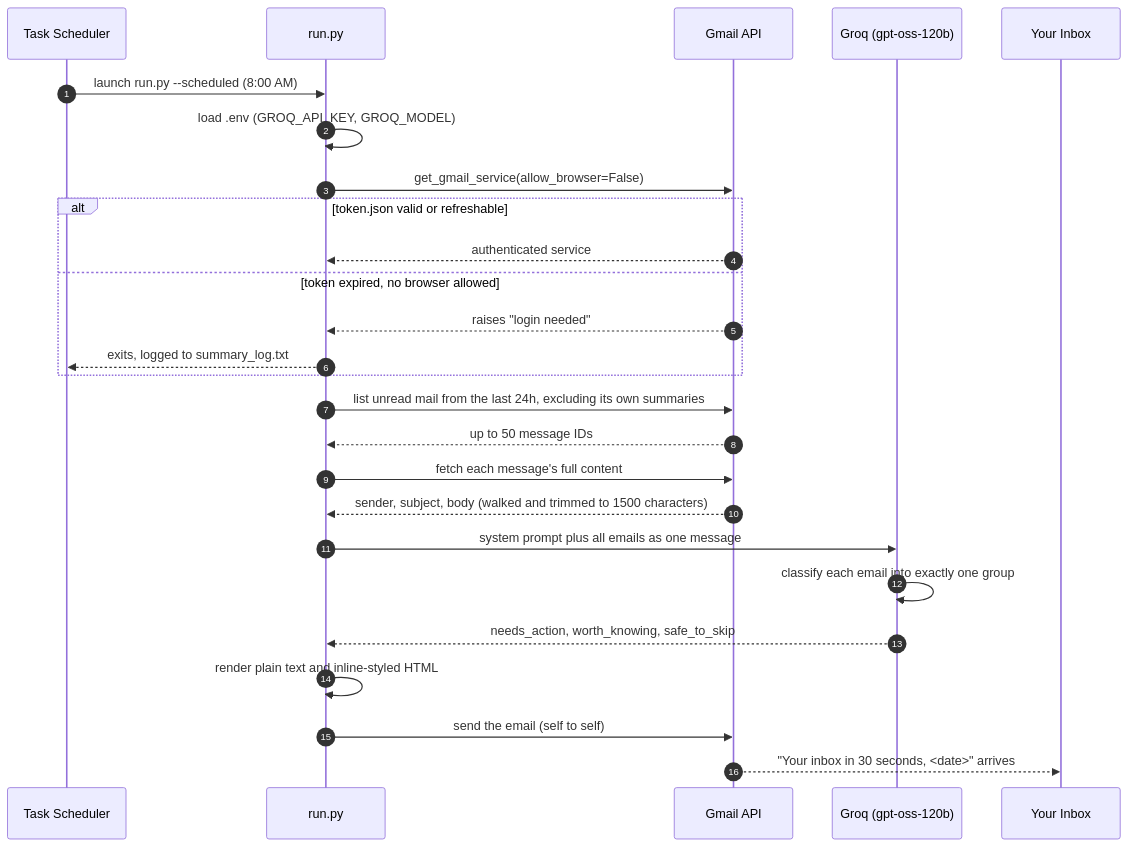
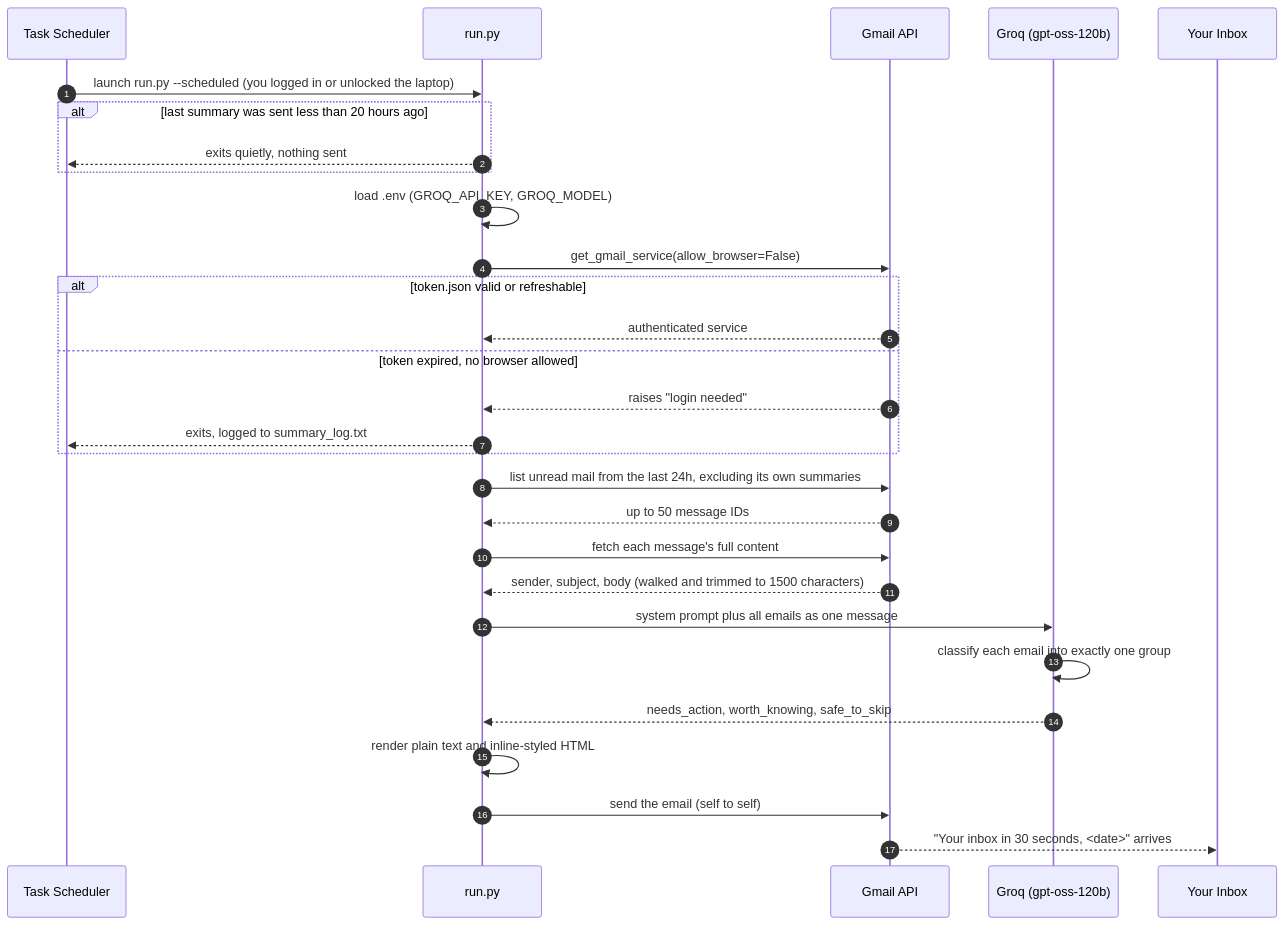
Before and after one commit to buildwithranvir/gmail-ai-summarizer: the third of 4 diagrams in README.md, drawn with Mermaid. The commit also changed other lines of this file and 4 other files, not shown here.

First line of the commit message:
Run automatically on login or unlock, at most once every 20 hours

````diff
--- a/README.md
+++ b/README.md
@@ -153,29 +155,32 @@
 ```mermaid
 sequenceDiagram
     autonumber
     participant TS as Task Scheduler
     participant M as run.py
     participant GA as Gmail API
     participant AI as Groq (gpt-oss-120b)
     participant You as Your Inbox
 
-    TS->>M: launch run.py --scheduled (8:00 AM)
+    TS->>M: launch run.py --scheduled (you logged in or unlocked the laptop)
+    alt last summary was sent less than 20 hours ago
+        M-->>TS: exits quietly, nothing sent
+    end
     M->>M: load .env (GROQ_API_KEY, GROQ_MODEL)
     M->>GA: get_gmail_service(allow_browser=False)
     alt token.json valid or refreshable
         GA-->>M: authenticated service
     else token expired, no browser allowed
         GA-->>M: raises "login needed"
         M-->>TS: exits, logged to summary_log.txt
     end
     M->>GA: list unread mail from the last 24h, excluding its own summaries
     GA-->>M: up to 50 message IDs
     M->>GA: fetch each message's full content
     GA-->>M: sender, subject, body (walked and trimmed to 1500 characters)
     M->>AI: system prompt plus all emails as one message
     AI->>AI: classify each email into exactly one group
     AI-->>M: needs_action, worth_knowing, safe_to_skip
     M->>M: render plain text and inline-styled HTML
     M->>GA: send the email (self to self)
     GA-->>You: "Your inbox in 30 seconds, <date>" arrives
 ```
````
